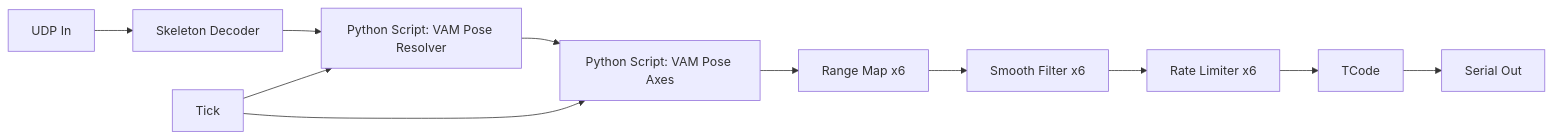
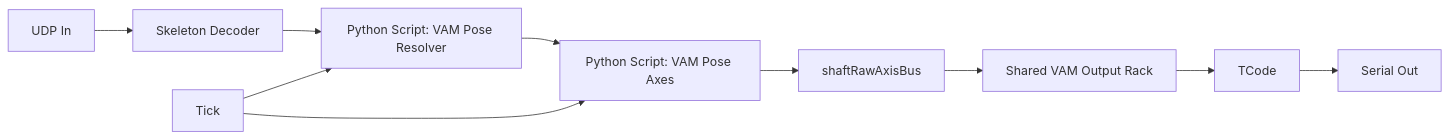
Before and after one commit to FrogThe2nd/f8studio: the third of 8 diagrams in docs/scenarios/vam-male-referenced-motion.md, drawn with Mermaid. The commit also changed other lines of this file and 3 other files, not shown here.

Commit message:
Unify VAM branch output rack docs

````diff
--- a/docs/scenarios/vam-male-referenced-motion.md
+++ b/docs/scenarios/vam-male-referenced-motion.md
@@ -83,13 +86,12 @@
 ```mermaid
 flowchart LR
     UDP["UDP In"] --> Dec["Skeleton Decoder"]
     Dec --> Resolver["Python Script: VAM Pose Resolver"]
     Tick["Tick"] --> Resolver
     Resolver --> Axes["Python Script: VAM Pose Axes"]
     Tick --> Axes
-    Axes --> Maps["Range Map x6"]
-    Maps --> Smooth["Smooth Filter x6"]
-    Smooth --> Limit["Rate Limiter x6"]
-    Limit --> TCode["TCode"]
+    Axes --> Bus["shaftRawAxisBus"]
+    Bus --> Rack["Shared VAM Output Rack"]
+    Rack --> TCode["TCode"]
     TCode --> Serial["Serial Out"]
 ```
````
